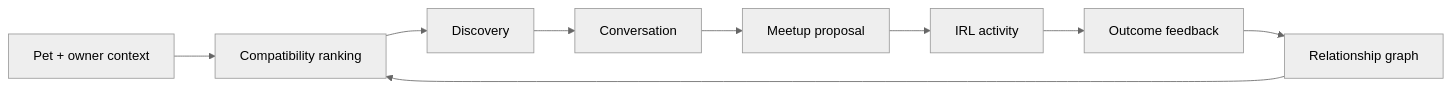
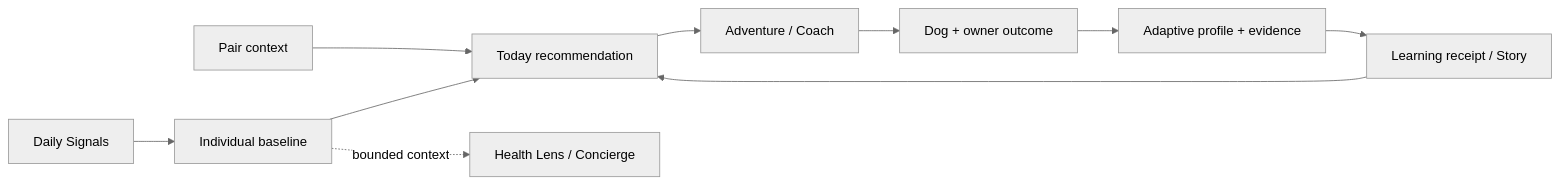
The diagram in README.md (sidhulyalkar/woof), drawn with Mermaid (neutral theme) before and after one commit. The commit also changed other lines of this file, not shown here.

Commit message:
docs(readme): align public narrative with current dogOS

````diff
--- a/README.md
+++ b/README.md
@@ -21,11 +39,12 @@
 ```mermaid
 flowchart LR
-  A[Pet + owner context] --> B[Compatibility ranking]
-  B --> C[Discovery]
-  C --> D[Conversation]
-  D --> E[Meetup proposal]
-  E --> F[IRL activity]
-  F --> G[Outcome feedback]
-  G --> H[Relationship graph]
+  A[Pair context] --> B[Today recommendation]
+  B --> C[Adventure / Coach]
+  C --> D[Dog + owner outcome]
+  D --> E[Adaptive profile + evidence]
+  E --> F[Learning receipt / Story]
+  F --> B
+  G[Daily Signals] --> H[Individual baseline]
   H --> B
+  H -. bounded context .-> I[Health Lens / Concierge]
 ```
````
